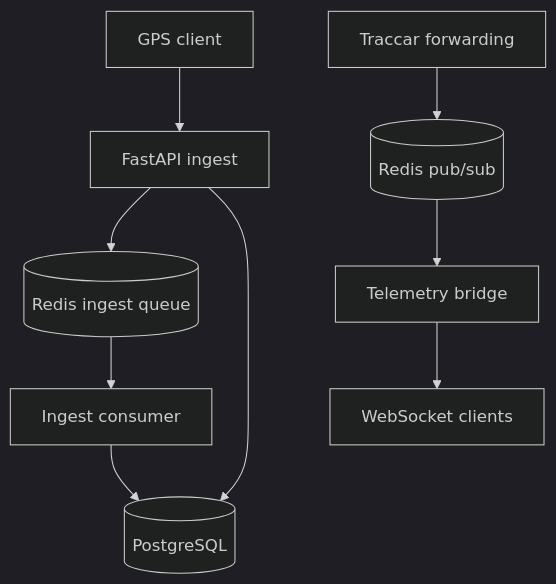
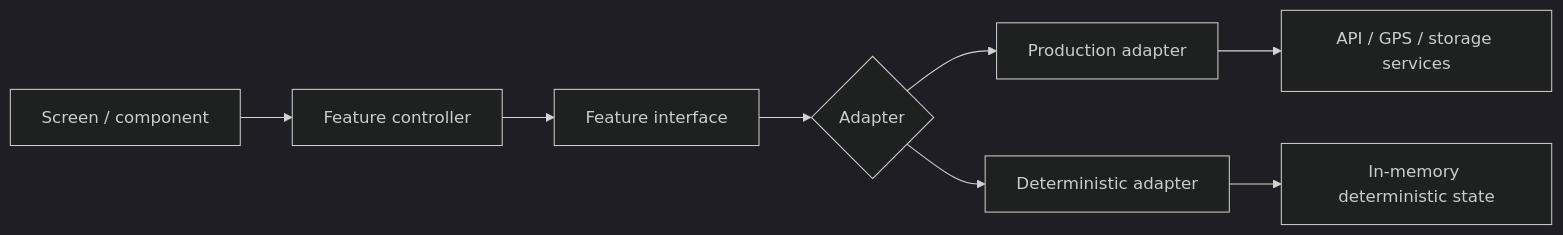
The fifth of 5 diagrams in docs/diagrams/architecture_c4.md (karnalooch/stunning-pancake), drawn with Mermaid (dark theme) before and after one commit. The commit also changed other lines of this file and 15 other files, not shown here.

Commit message:
docs(architecture): reconcile SSOT after red-team (#394)

````diff
--- a/docs/diagrams/architecture_c4.md
+++ b/docs/diagrams/architecture_c4.md
@@ -29,11 +117,10 @@
 ```mermaid
-flowchart TB
-  Client[GPS client] --> Ingest[FastAPI ingest]
-  Ingest --> Queue[(Redis ingest queue)]
-  Ingest --> DB[(PostgreSQL)]
-  Queue --> Consumer[Ingest consumer]
-  Consumer --> DB
-  Traccar[Traccar forwarding] --> PubSub[(Redis pub/sub)]
-  PubSub --> Bridge[Telemetry bridge]
-  Bridge --> WS[WebSocket clients]
+flowchart LR
+  Screen[Screen / component] --> Controller[Feature controller]
+  Controller --> Interface[Feature interface]
+  Interface --> Adapter{Adapter}
+  Adapter --> Prod[Production adapter]
+  Adapter --> Det[Deterministic adapter]
+  Prod --> Services[API / GPS / storage services]
+  Det --> State[In-memory deterministic state]
 ```
````
